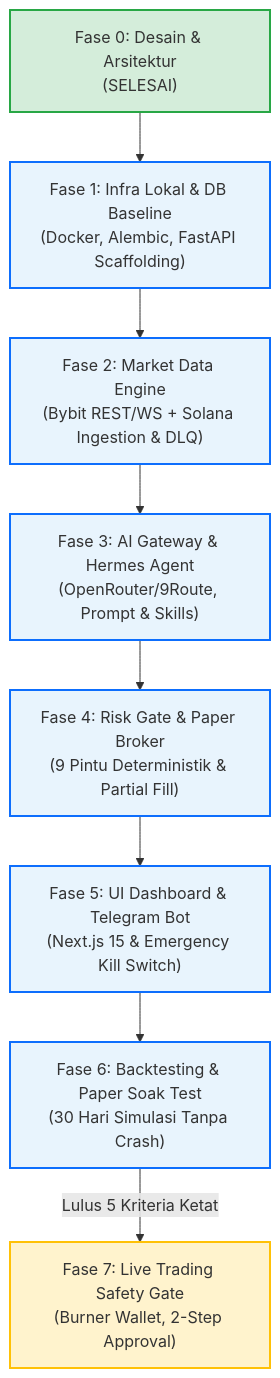
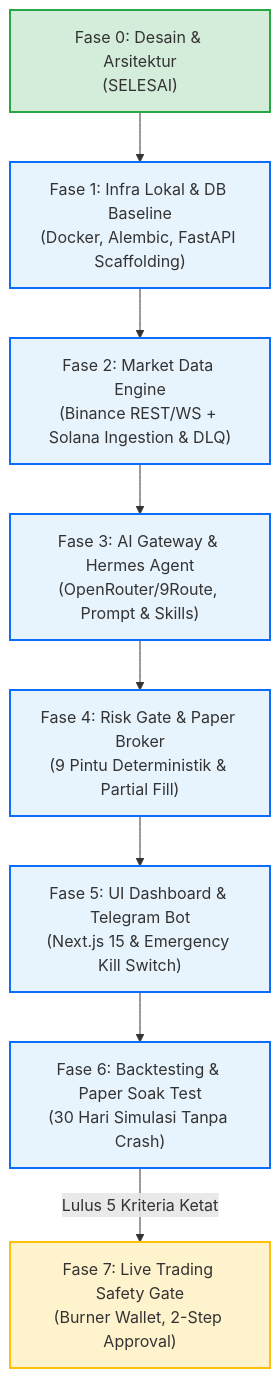
One commit to garryaf/BotTradingCrypto changed the diagram in docs/00-overview/ROADMAP.md. Above: the diagram before and after it, drawn with Mermaid. The commit also changed other lines of this file and 66 other files, not shown here.

````diff
--- a/docs/00-overview/ROADMAP.md
+++ b/docs/00-overview/ROADMAP.md
@@ -13,17 +13,17 @@
 ```mermaid
 flowchart TD
     F0["Fase 0: Desain & Arsitektur\n(SELESAI)"] --> F1["Fase 1: Infra Lokal & DB Baseline\n(Docker, Alembic, FastAPI Scaffolding)"]
-    F1 --> F2["Fase 2: Market Data Engine\n(Bybit REST/WS + Solana Ingestion & DLQ)"]
+    F1 --> F2["Fase 2: Market Data Engine\n(Binance REST/WS + Solana Ingestion & DLQ)"]
     F2 --> F3["Fase 3: AI Gateway & Hermes Agent\n(OpenRouter/9Route, Prompt & Skills)"]
     F3 --> F4["Fase 4: Risk Gate & Paper Broker\n(9 Pintu Deterministik & Partial Fill)"]
     F4 --> F5["Fase 5: UI Dashboard & Telegram Bot\n(Next.js 15 & Emergency Kill Switch)"]
     F5 --> F6["Fase 6: Backtesting & Paper Soak Test\n(30 Hari Simulasi Tanpa Crash)"]
     F6 -->|Lulus 5 Kriteria Ketat| F7["Fase 7: Live Trading Safety Gate\n(Burner Wallet, 2-Step Approval)"]
 
     classDef done fill:#d4edda,stroke:#28a745,stroke-width:2px;
     classDef phase fill:#e8f4fd,stroke:#0d6efd,stroke-width:2px;
     classDef gate fill:#fff3cd,stroke:#ffc107,stroke-width:2px;
     class F0 done;
     class F1,F2,F3,F4,F5,F6 phase;
     class F7 gate;
 ```
````
